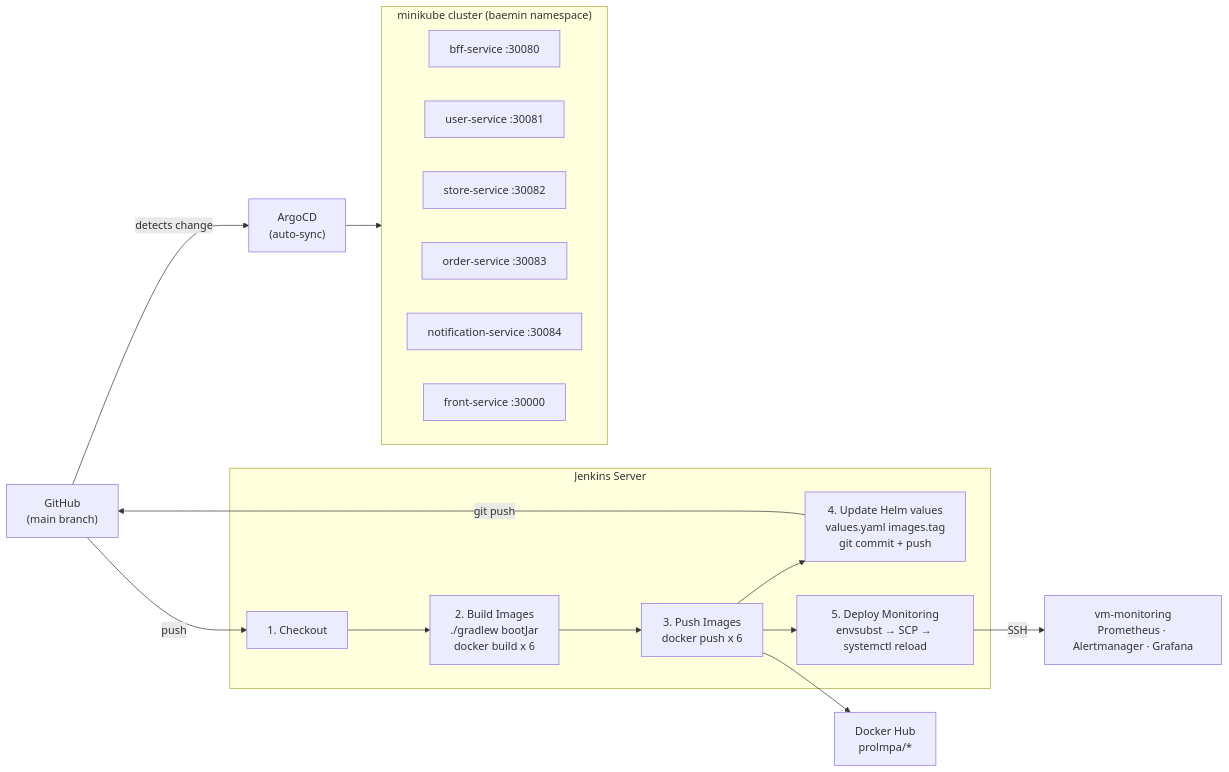
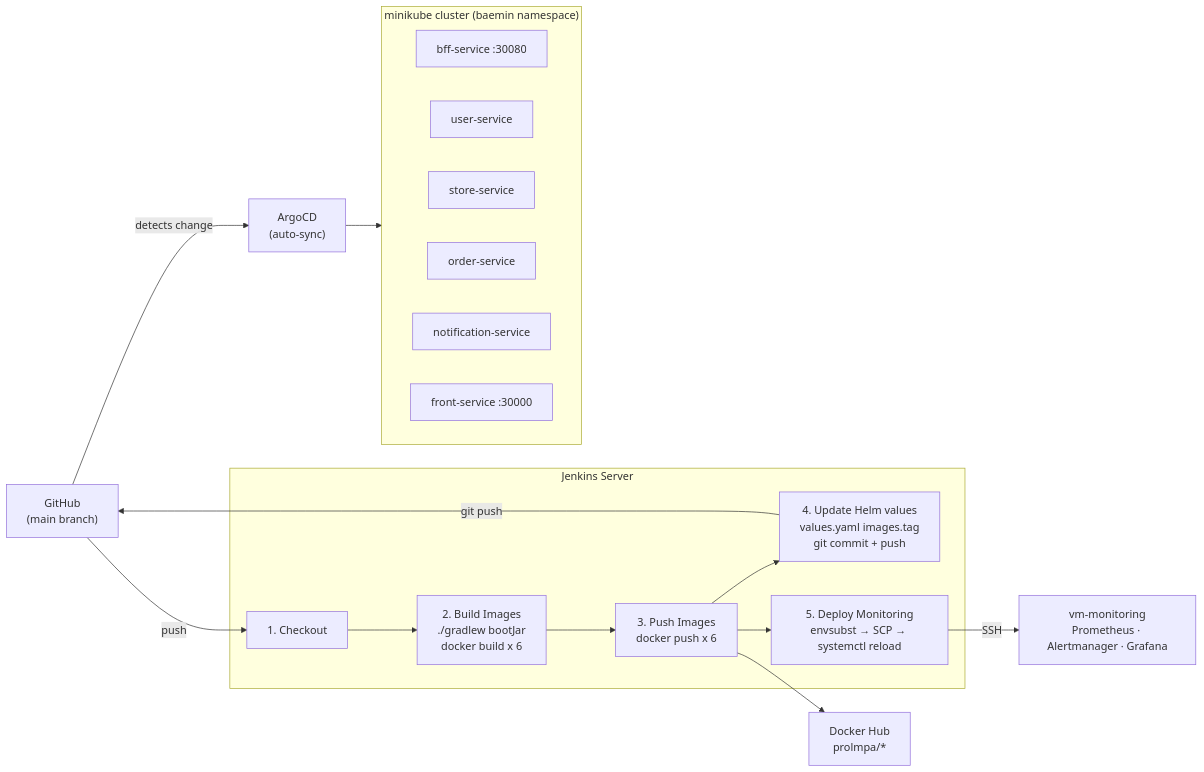
One commit to proLmpa/Deliprac changed the seventh of 7 diagrams in README.md. Above: the diagram before and after it, drawn with Mermaid. The commit also changed other lines of this file, not shown here.

````diff
--- a/README.md
+++ b/README.md
@@ -495,33 +495,33 @@
 ```mermaid
 flowchart LR
     GH["GitHub\n(main branch)"]
     DH["Docker Hub\nprolmpa/*"]
     AC["ArgoCD\n(auto-sync)"]
 
     subgraph jenkins ["Jenkins Server"]
         CO["1. Checkout"]
         BI["2. Build Images\n./gradlew bootJar\ndocker build x 6"]
         PI["3. Push Images\ndocker push x 6"]
         UH["4. Update Helm values\nvalues.yaml images.tag\ngit commit + push"]
         DP["5. Deploy Monitoring\nenvsubst → SCP → systemctl reload"]
     end
 
     subgraph k8s ["minikube cluster (baemin namespace)"]
         direction LR
         BFF["bff-service :30080"]
-        US["user-service :30081"]
-        SS["store-service :30082"]
-        OS["order-service :30083"]
-        NS["notification-service :30084"]
+        US["user-service"]
+        SS["store-service"]
+        OS["order-service"]
+        NS["notification-service"]
         FS["front-service :30000"]
     end
 
     VM["vm-monitoring\nPrometheus · Alertmanager · Grafana"]
 
     GH -->|push| CO --> BI --> PI --> UH & DP
     PI --> DH
     UH -->|git push| GH
     GH -->|detects change| AC
     AC --> k8s
     DP -->|SSH| VM
 ```
````
